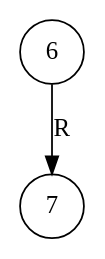
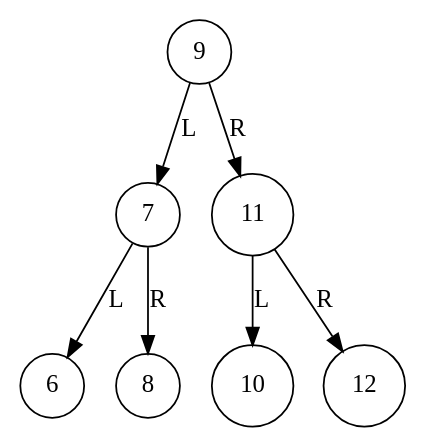
The diagram in executable/graphAVL.dot (HenryD11703/EDD_PROYECTO2_202004071), drawn with Graphviz before and after one commit. The commit also changed 21 other files, not shown here.

```diff
--- a/executable/graphAVL.dot
+++ b/executable/graphAVL.dot
@@ -1,6 +1,16 @@
 digraph G{
 node [shape=circle];
-"2172637687824"[label="6"];
-"2172623083152"[label="7"];
-"2172637687824" -> "2172623083152" [label = "R"];
+"1767680727792"[label="9"];
+"1767680728128"[label="7"];
+"1767680728080"[label="6"];
+"1767680728464"[label="8"];
+"1767680728320"[label="11"];
+"1767680727840"[label="10"];
+"1767680728272"[label="12"];
+"1767680727792" -> "1767680728128" [label = "L"];
+"1767680727792" -> "1767680728320" [label = "R"];
+"1767680728128" -> "1767680728080" [label = "L"];
+"1767680728128" -> "1767680728464" [label = "R"];
+"1767680728320" -> "1767680727840" [label = "L"];
+"1767680728320" -> "1767680728272" [label = "R"];
 }
```
